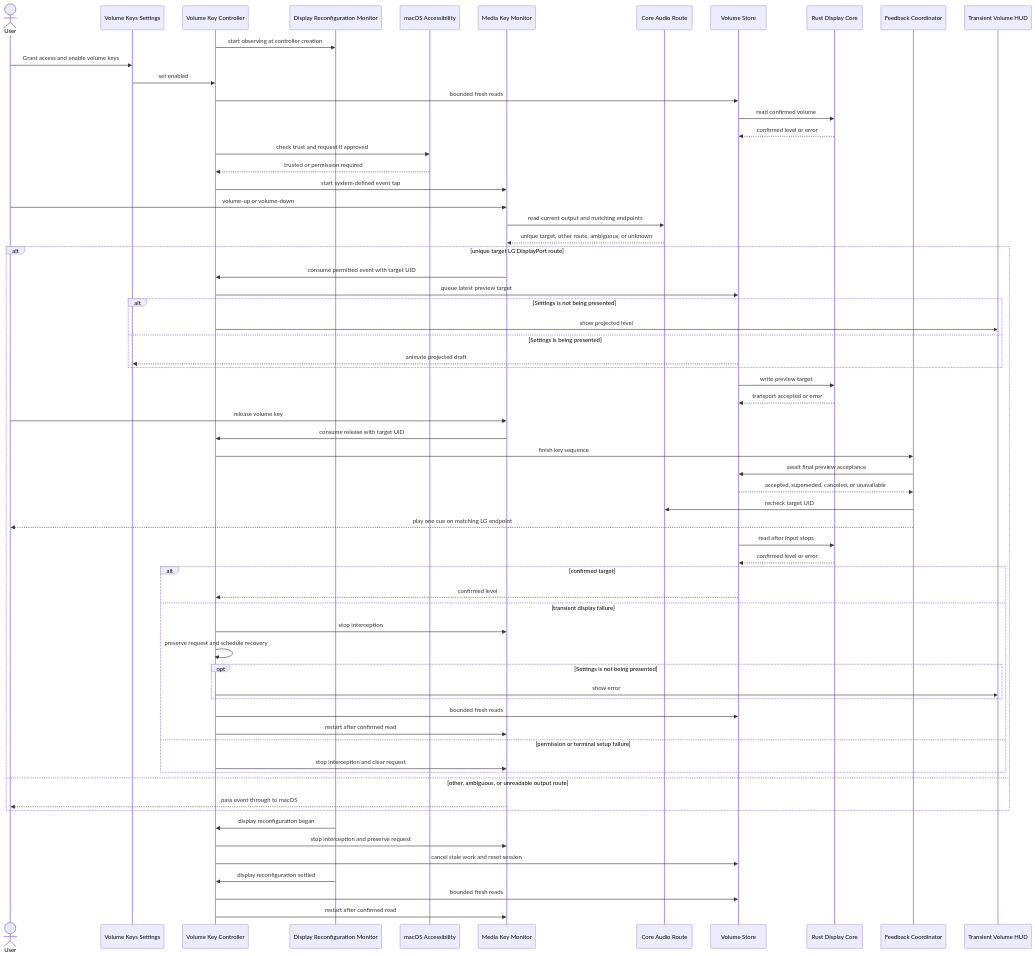
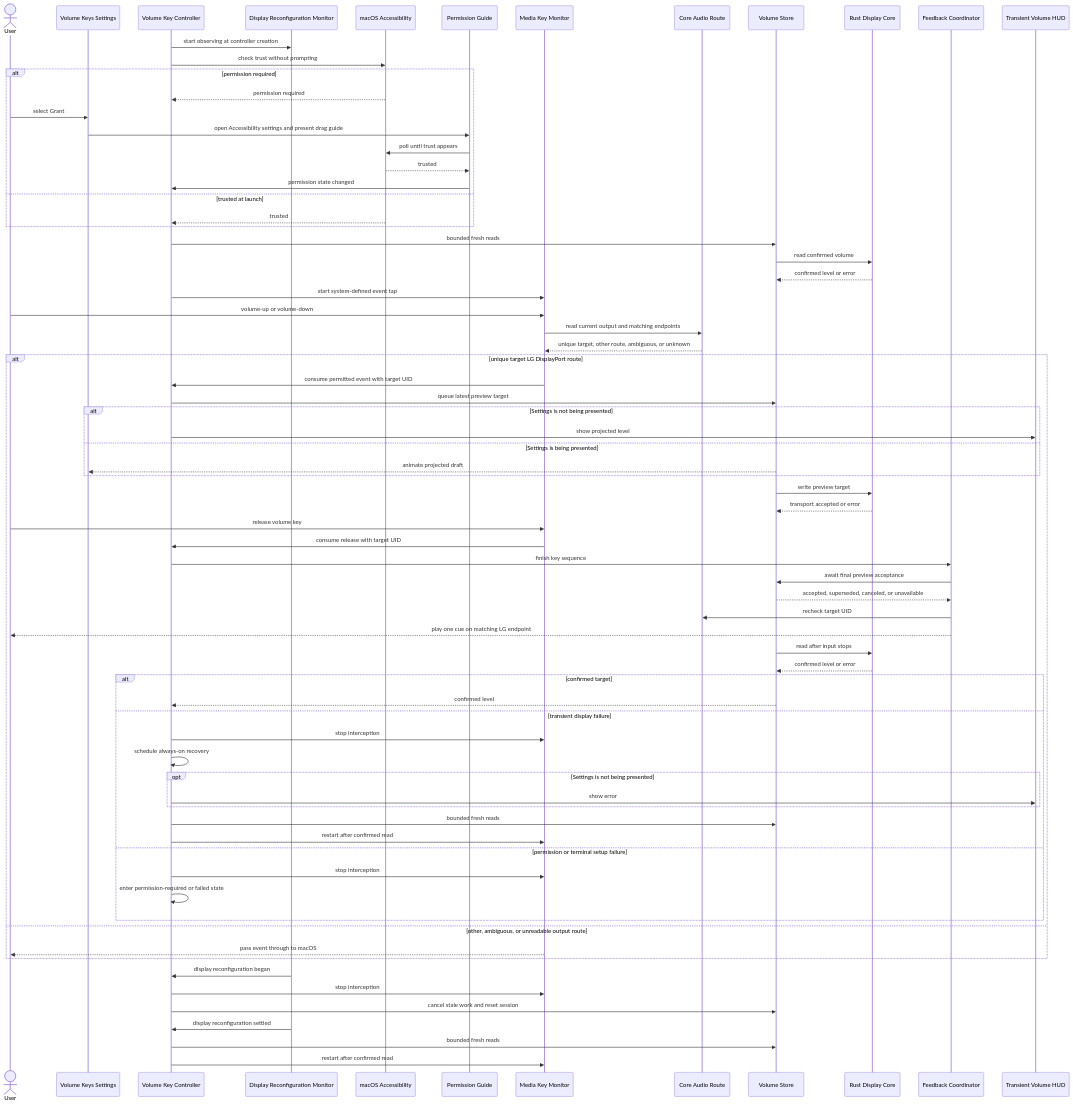
The third of 3 diagrams in openwiki/architecture-and-runtime.md (acg-box/deskhelm), drawn with Mermaid before and after one commit. The commit also changed other lines of this file and 23 other files, not shown here.

Commit message:
{"schema":"decodex/commit/2","change":"Polish volume controls and Accessibility guidance","authority":"manual","impact":"compatible"}

````diff
--- a/openwiki/architecture-and-runtime.md
+++ b/openwiki/architecture-and-runtime.md
@@ -182,68 +184,77 @@
 ```mermaid
 sequenceDiagram
     actor User
     participant Settings as Volume Keys Settings
     participant VKC as Volume Key Controller
     participant DisplayEvents as Display Reconfiguration Monitor
     participant AX as macOS Accessibility
+    participant Guide as Permission Guide
     participant Tap as Media Key Monitor
     participant Audio as Core Audio Route
     participant Store as Volume Store
     participant Core as Rust Display Core
     participant Feedback as Feedback Coordinator
     participant HUD as Transient Volume HUD
 
     VKC->>DisplayEvents: start observing at controller creation
-    User->>Settings: Grant access and enable volume keys
-    Settings->>VKC: set enabled
+    VKC->>AX: check trust without prompting
+    alt permission required
+        AX-->>VKC: permission required
+        User->>Settings: select Grant
+        Settings->>Guide: open Accessibility settings and present drag guide
+        Guide->>AX: poll until trust appears
+        AX-->>Guide: trusted
+        Guide->>VKC: permission state changed
+    else trusted at launch
+        AX-->>VKC: trusted
+    end
     VKC->>Store: bounded fresh reads
     Store->>Core: read confirmed volume
     Core-->>Store: confirmed level or error
-    VKC->>AX: check trust and request if approved
-    AX-->>VKC: trusted or permission required
     VKC->>Tap: start system-defined event tap
     User->>Tap: volume-up or volume-down
     Tap->>Audio: read current output and matching endpoints
     Audio-->>Tap: unique target, other route, ambiguous, or unknown
     alt unique target LG DisplayPort route
         Tap->>VKC: consume permitted event with target UID
         VKC->>Store: queue latest preview target
         alt Settings is not being presented
             VKC->>HUD: show projected level
         else Settings is being presented
             Store-->>Settings: animate projected draft
         end
         Store->>Core: write preview target
         Core-->>Store: transport accepted or error
         User->>Tap: release volume key
         Tap->>VKC: consume release with target UID
         VKC->>Feedback: finish key sequence
         Feedback->>Store: await final preview acceptance
         Store-->>Feedback: accepted, superseded, canceled, or unavailable
         Feedback->>Audio: recheck target UID
         Feedback-->>User: play one cue on matching LG endpoint
         Store->>Core: read after input stops
         Core-->>Store: confirmed level or error
         alt confirmed target
             Store-->>VKC: confirmed level
         else transient display failure
             VKC->>Tap: stop interception
-            VKC->>VKC: preserve request and schedule recovery
+            VKC->>VKC: schedule always-on recovery
             opt Settings is not being presented
                 VKC->>HUD: show error
             end
             VKC->>Store: bounded fresh reads
             VKC->>Tap: restart after confirmed read
         else permission or terminal setup failure
-            VKC->>Tap: stop interception and clear request
+            VKC->>Tap: stop interception
+            VKC->>VKC: enter permission-required or failed state
         end
     else other, ambiguous, or unreadable output route
         Tap-->>User: pass event through to macOS
     end
     DisplayEvents->>VKC: display reconfiguration began
-    VKC->>Tap: stop interception and preserve request
+    VKC->>Tap: stop interception
     VKC->>Store: cancel stale work and reset session
     DisplayEvents->>VKC: display reconfiguration settled
     VKC->>Store: bounded fresh reads
     VKC->>Tap: restart after confirmed read
 ```
````
